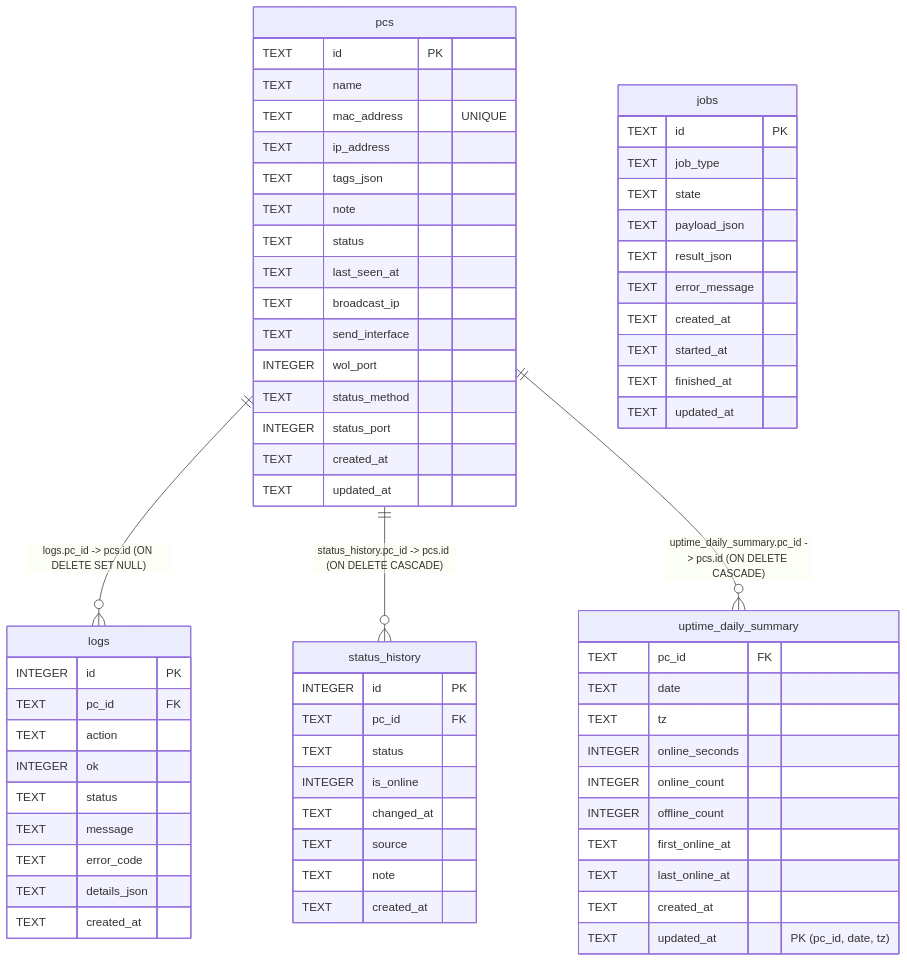
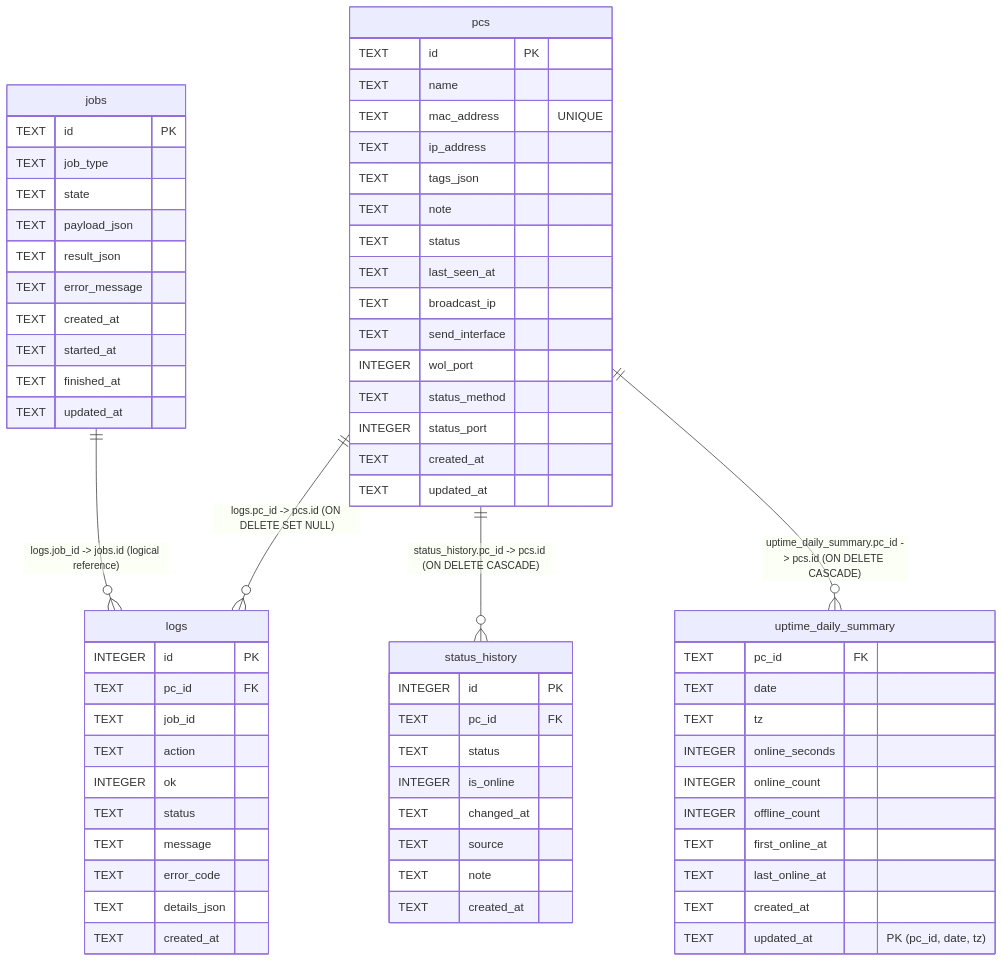
The diagram in docs/backend/db/er.md (htomoya16/raspi-vpn-wol), drawn with Mermaid before and after one commit. The commit also changed other lines of this file and 22 other files, not shown here.

````diff
--- a/docs/backend/db/er.md
+++ b/docs/backend/db/er.md
@@ -18,74 +18,76 @@
 ```mermaid
 erDiagram
     pcs {
         TEXT id PK
         TEXT name
         TEXT mac_address "UNIQUE"
         TEXT ip_address
         TEXT tags_json
         TEXT note
         TEXT status
         TEXT last_seen_at
         TEXT broadcast_ip
         TEXT send_interface
         INTEGER wol_port
         TEXT status_method
         INTEGER status_port
         TEXT created_at
         TEXT updated_at
     }
 
     status_history {
         INTEGER id PK
         TEXT pc_id FK
         TEXT status
         INTEGER is_online
         TEXT changed_at
         TEXT source
         TEXT note
         TEXT created_at
     }
 
     uptime_daily_summary {
         TEXT pc_id FK
         TEXT date
         TEXT tz
         INTEGER online_seconds
         INTEGER online_count
         INTEGER offline_count
         TEXT first_online_at
         TEXT last_online_at
         TEXT created_at
         TEXT updated_at
         "PK (pc_id, date, tz)"
     }
 
     logs {
         INTEGER id PK
         TEXT pc_id FK
+        TEXT job_id
         TEXT action
         INTEGER ok
         TEXT status
         TEXT message
         TEXT error_code
         TEXT details_json
         TEXT created_at
     }
 
     jobs {
         TEXT id PK
         TEXT job_type
         TEXT state
         TEXT payload_json
         TEXT result_json
         TEXT error_message
         TEXT created_at
         TEXT started_at
         TEXT finished_at
         TEXT updated_at
     }
 
     pcs ||--o{ logs : "logs.pc_id -> pcs.id (ON DELETE SET NULL)"
+    jobs ||--o{ logs : "logs.job_id -> jobs.id (logical reference)"
     pcs ||--o{ status_history : "status_history.pc_id -> pcs.id (ON DELETE CASCADE)"
     pcs ||--o{ uptime_daily_summary : "uptime_daily_summary.pc_id -> pcs.id (ON DELETE CASCADE)"
 ```
````
